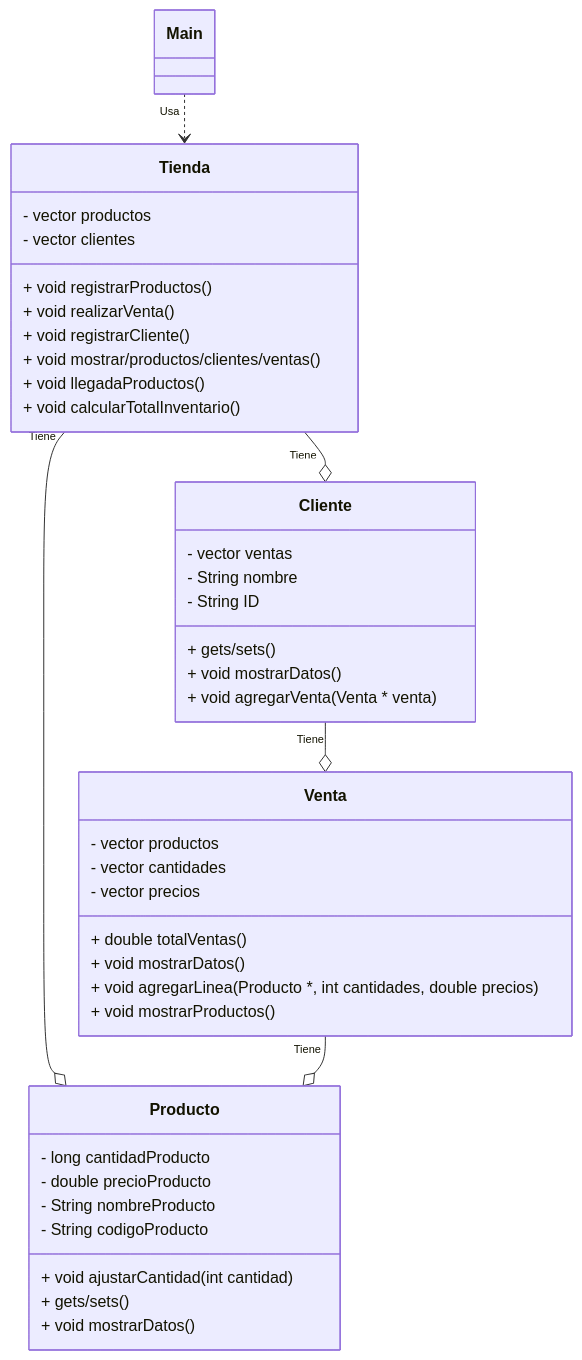
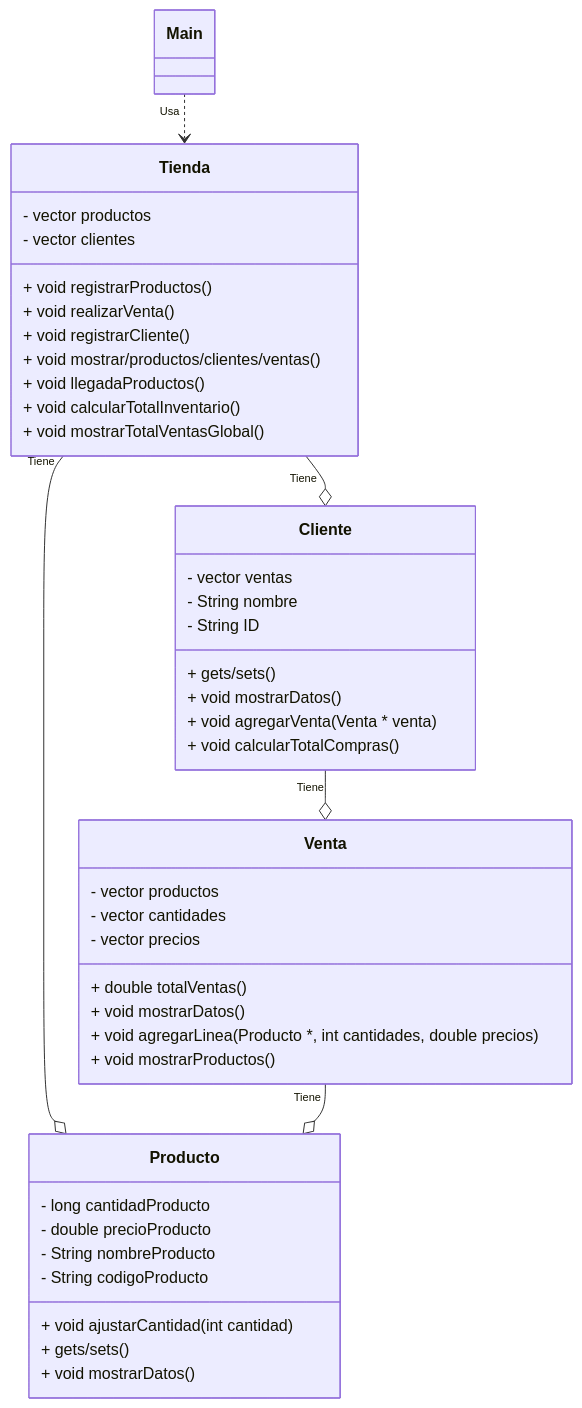
Before and after one commit to 300CIS017-Object-Oriented-Programming/7-entreg-practica-disenoypoo-felipe08121: the diagram in DiagramaUML.md, drawn with Mermaid. The commit also changed 5 other files, not shown here.

````diff
--- a/DiagramaUML.md
+++ b/DiagramaUML.md
@@ -1,67 +1,69 @@
 ```mermaid
 
 classDiagram
    class Tienda{
     - vector productos
     - vector clientes 
     + void registrarProductos()
     + void realizarVenta( )
     + void registrarCliente()
     + void mostrar/productos/clientes/ventas()
     + void llegadaProductos( )
     + void calcularTotalInventario()
+    + void mostrarTotalVentasGlobal()
 
 
    }
 
     class Producto{
         
 
 
         - long cantidadProducto
         - double precioProducto
         - String nombreProducto
         - String codigoProducto
         + void ajustarCantidad( int cantidad) 
         + gets/sets()
         + void mostrarDatos()
         
         
 
     }
 
     class Venta {
         - vector productos
         - vector cantidades
         - vector precios
        
         + double totalVentas()
         + void mostrarDatos()
         + void agregarLinea( Producto *, int cantidades, double precios)
         + void mostrarProductos()
     }
 
     class Cliente{
         - vector ventas
         
         + gets/sets()
         + void mostrarDatos()
         + void agregarVenta( Venta * venta)
+        + void calcularTotalCompras()
         - String nombre
         - String ID
 
     }
 
     class Main{
 
     }
 
      Main "Usa "..> Tienda
      
      Tienda "Tiene" --o Cliente
      Tienda "Tiene" --o Producto
      Cliente "Tiene" --o Venta
      Venta "Tiene" --o Producto
 
 
 ```
````
